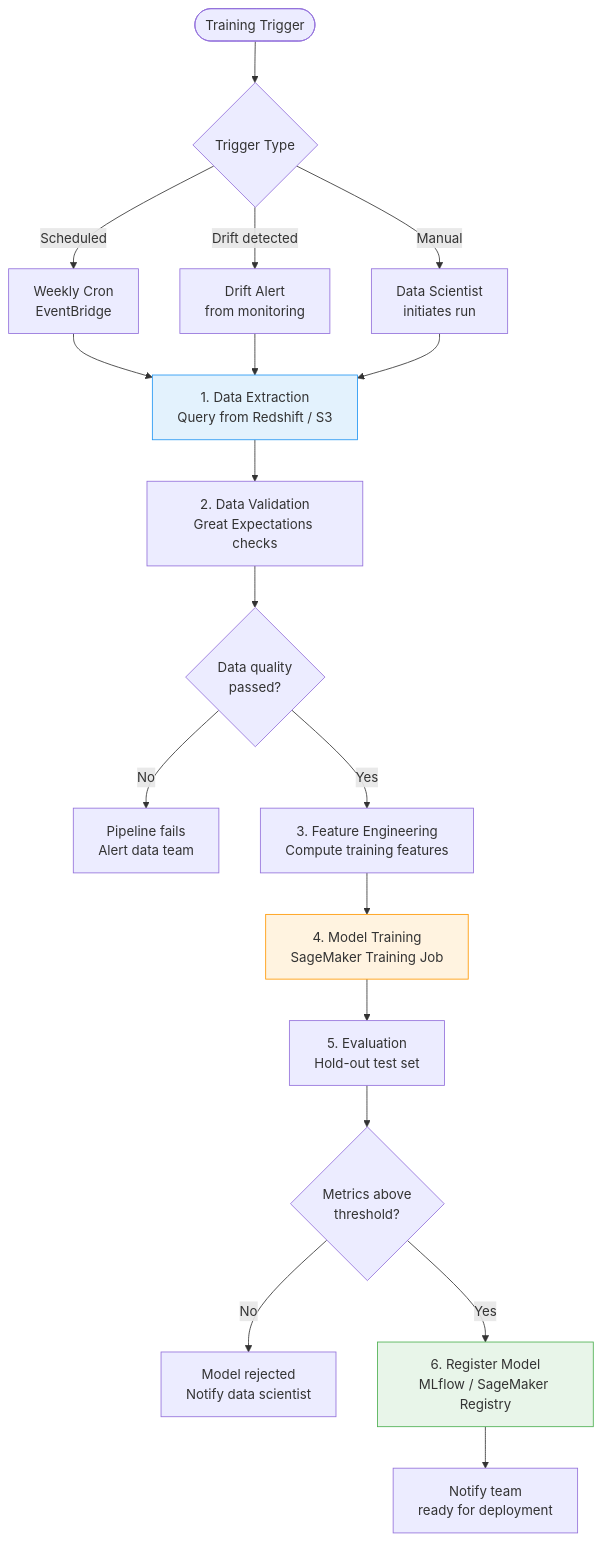
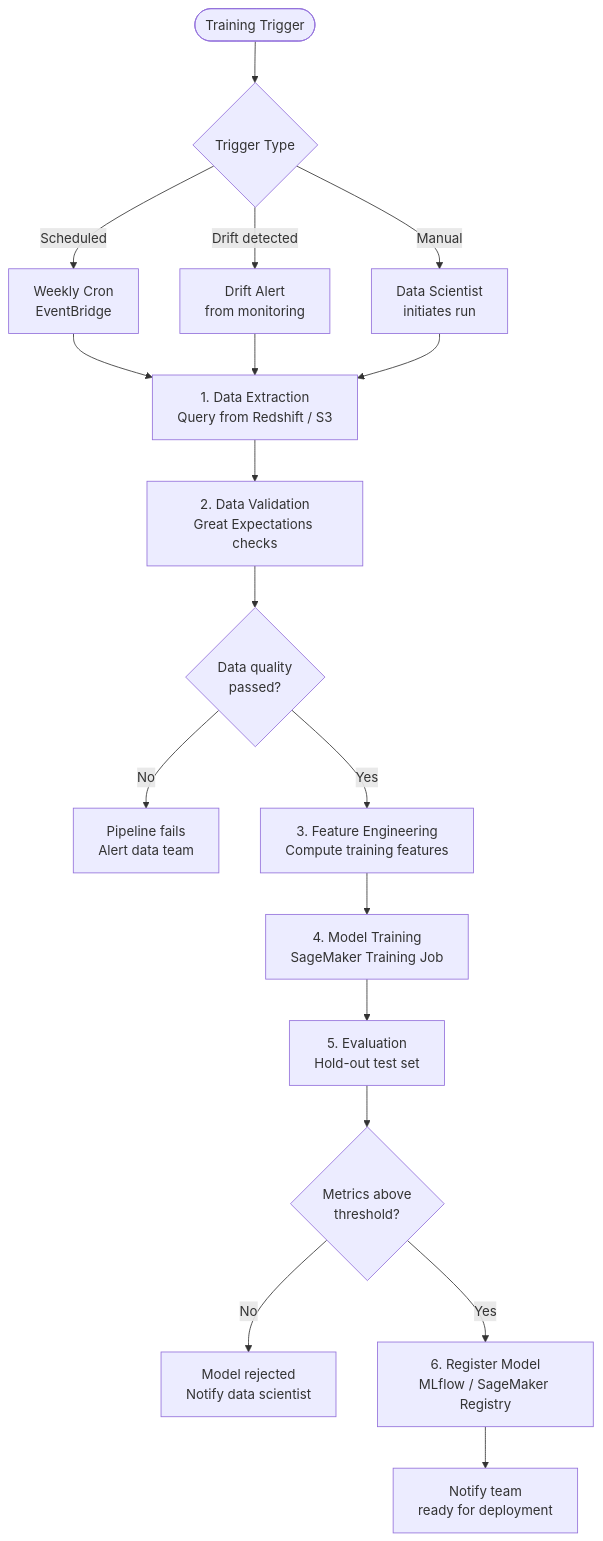
Before and after one commit to rishikeshdhokare/platform-manifesto: the fifth of 6 diagrams in 10-ai-ml-platform/01-ml-platform.md, drawn with Mermaid. The commit also changed other lines of this file and 14 other files, not shown here.

First line of the commit message:
fix: remove mermaid style directives (119 lines across 15 files)

````diff
--- a/10-ai-ml-platform/01-ml-platform.md
+++ b/10-ai-ml-platform/01-ml-platform.md
@@ -300,30 +292,27 @@
 ```mermaid
 flowchart TD
     Trigger([Training Trigger]) --> Type{Trigger Type}
 
     Type -->|Scheduled| Weekly[Weekly Cron<br/>EventBridge]
     Type -->|Drift detected| DriftAlert[Drift Alert<br/>from monitoring]
     Type -->|Manual| Manual[Data Scientist<br/>initiates run]
 
     Weekly --> Extract
     DriftAlert --> Extract
     Manual --> Extract
 
     Extract[1. Data Extraction<br/>Query from Redshift / S3] --> Validate[2. Data Validation<br/>Great Expectations checks]
     Validate --> QualityGate{Data quality<br/>passed?}
 
     QualityGate -->|No| Fail[Pipeline fails<br/>Alert data team]
     QualityGate -->|Yes| FeatEng[3. Feature Engineering<br/>Compute training features]
 
     FeatEng --> Train[4. Model Training<br/>SageMaker Training Job]
     Train --> Evaluate[5. Evaluation<br/>Hold-out test set]
     Evaluate --> MetricGate{Metrics above<br/>threshold?}
 
     MetricGate -->|No| Reject[Model rejected<br/>Notify data scientist]
     MetricGate -->|Yes| Register[6. Register Model<br/>MLflow / SageMaker Registry]
     Register --> Notify[Notify team<br/>ready for deployment]
 
-    style Extract fill:#e3f2fd,stroke:#2196f3
-    style Train fill:#fff3e0,stroke:#ff9800
-    style Register fill:#e8f5e9,stroke:#4caf50
 ```
````
